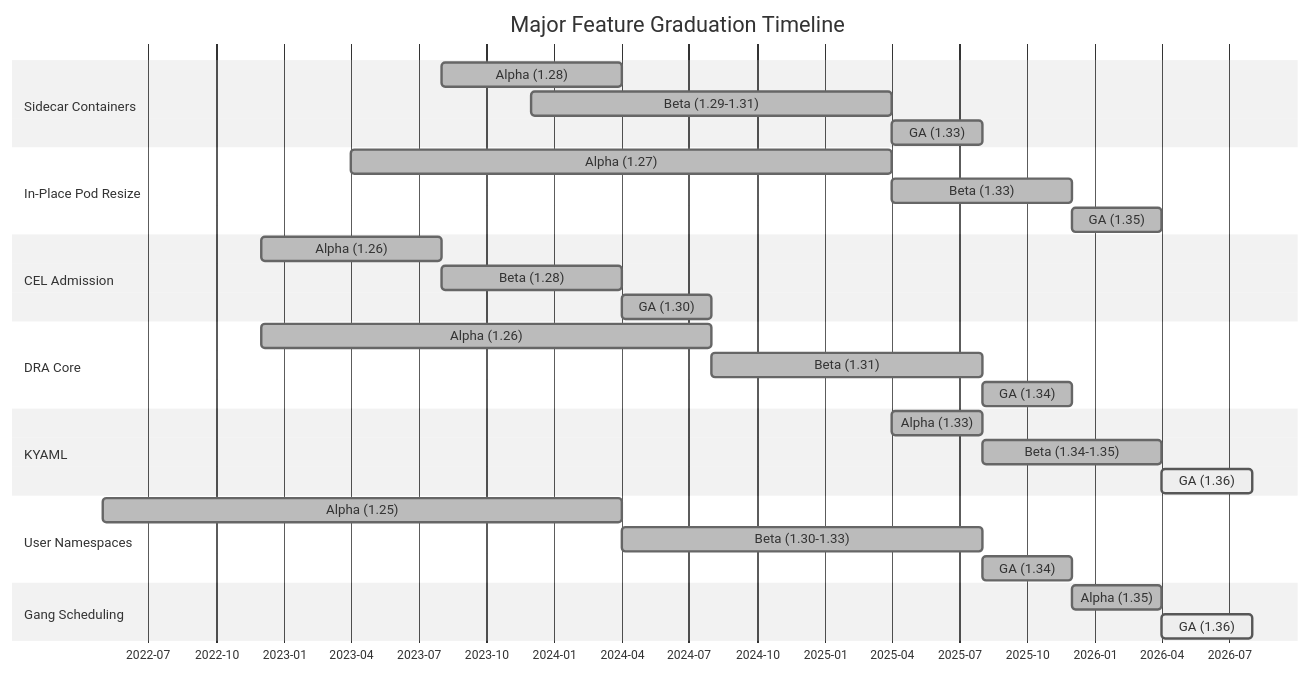
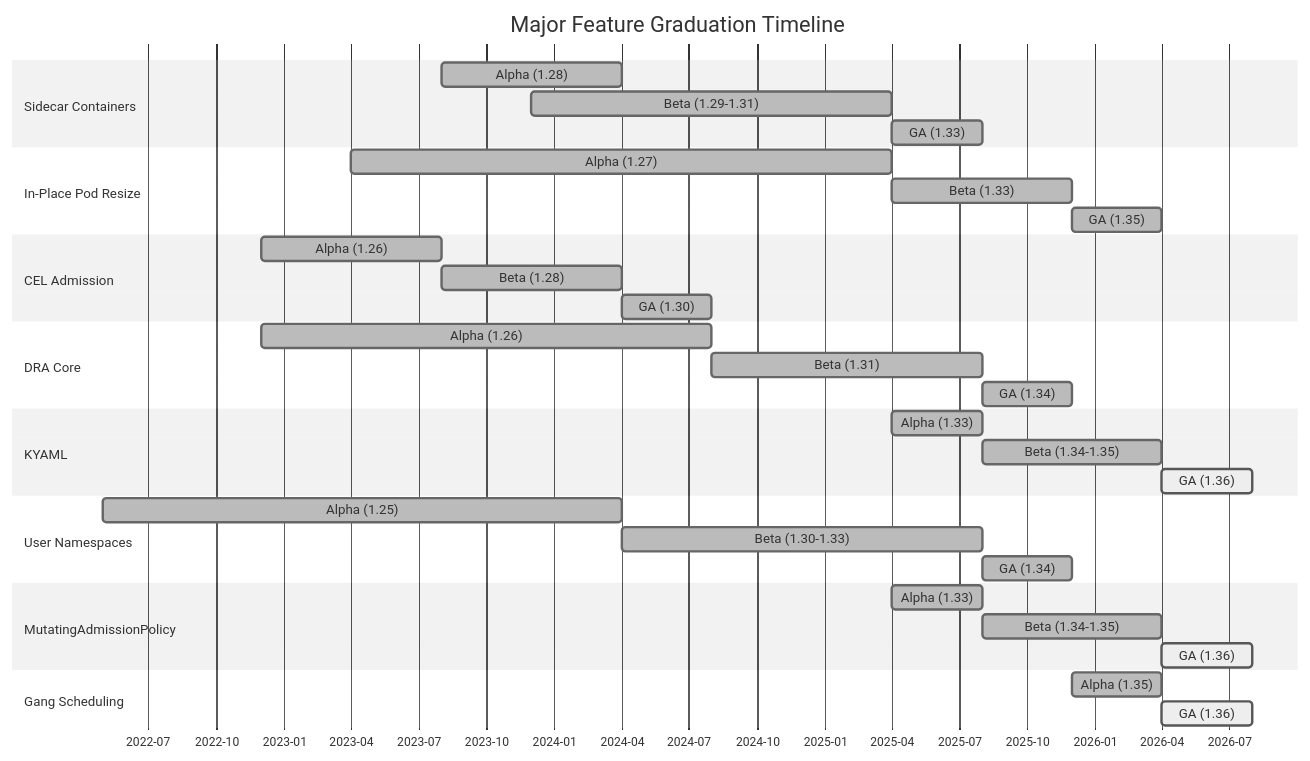
Diagram 15 of 18 in en/eks/12-kubernetes-version-roadmap.md (Atom-oh/kubernetes-docs), drawn with Mermaid (neutral theme) before and after one commit. The commit also changed other lines of this file and 5 other files, not shown here.

````diff
--- a/en/eks/12-kubernetes-version-roadmap.md
+++ b/en/eks/12-kubernetes-version-roadmap.md
@@ -1813,40 +2310,45 @@
 ```mermaid
 gantt
     title Major Feature Graduation Timeline
     dateFormat  YYYY-MM
     axisFormat  %Y-%m
 
     section Sidecar Containers
     Alpha (1.28)              :done, s1, 2023-08, 2024-04
     Beta (1.29-1.31)          :done, s2, 2023-12, 2025-04
     GA (1.33)                 :done, s3, 2025-04, 2025-08
 
     section In-Place Pod Resize
     Alpha (1.27)              :done, r1, 2023-04, 2025-04
     Beta (1.33)               :done, r2, 2025-04, 2025-12
     GA (1.35)                 :done, r3, 2025-12, 2026-04
 
     section CEL Admission
     Alpha (1.26)              :done, c1, 2022-12, 2023-08
     Beta (1.28)               :done, c2, 2023-08, 2024-04
     GA (1.30)                 :done, c3, 2024-04, 2024-08
 
     section DRA Core
     Alpha (1.26)              :done, d1, 2022-12, 2024-08
     Beta (1.31)               :done, d2, 2024-08, 2025-08
     GA (1.34)                 :done, d3, 2025-08, 2025-12
 
     section KYAML
     Alpha (1.33)              :done, k1, 2025-04, 2025-08
     Beta (1.34-1.35)          :done, k2, 2025-08, 2026-04
     GA (1.36)                 :active, k3, 2026-04, 2026-08
 
     section User Namespaces
     Alpha (1.25)              :done, u1, 2022-05, 2024-04
     Beta (1.30-1.33)          :done, u2, 2024-04, 2025-08
     GA (1.34)                 :done, u3, 2025-08, 2025-12
 
+    section MutatingAdmissionPolicy
+    Alpha (1.33)              :done, m1, 2025-04, 2025-08
+    Beta (1.34-1.35)          :done, m2, 2025-08, 2026-04
+    GA (1.36)                 :active, m3, 2026-04, 2026-08
+
     section Gang Scheduling
     Alpha (1.35)              :done, g1, 2025-12, 2026-04
     GA (1.36)                 :active, g2, 2026-04, 2026-08
 ```
````
